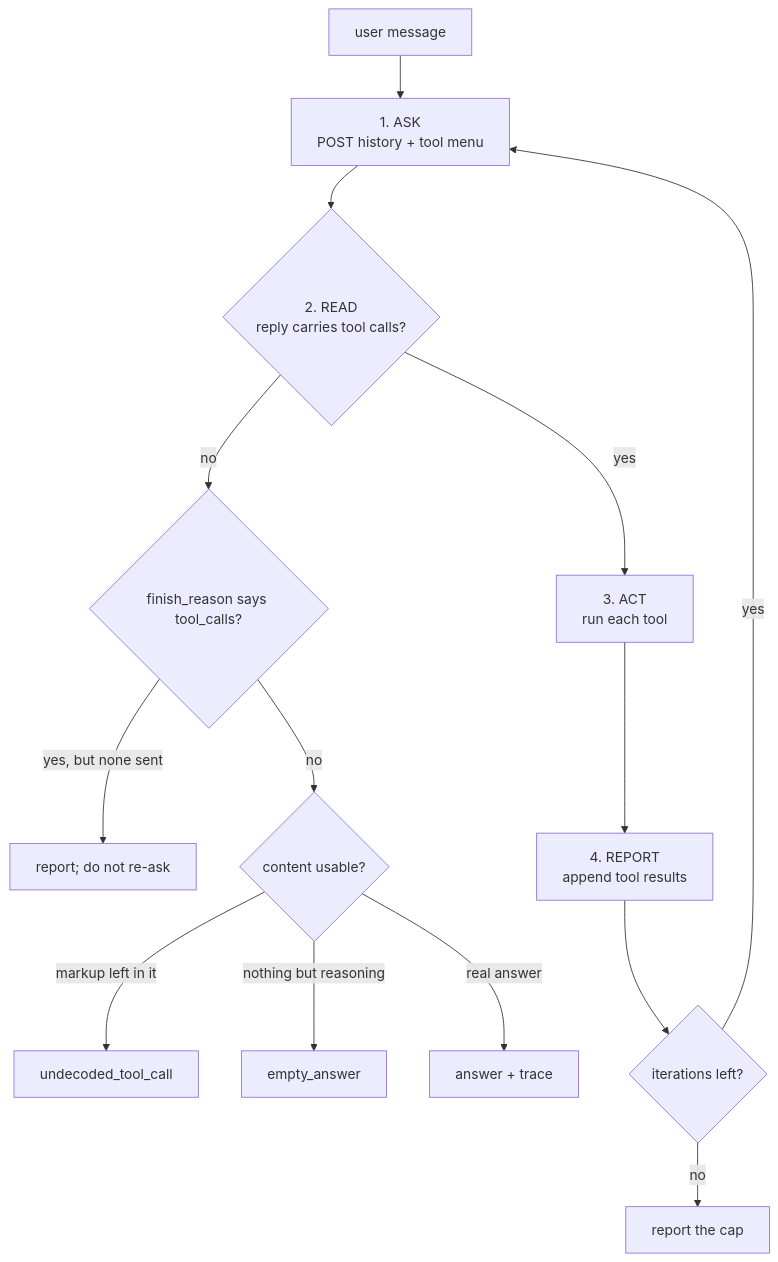
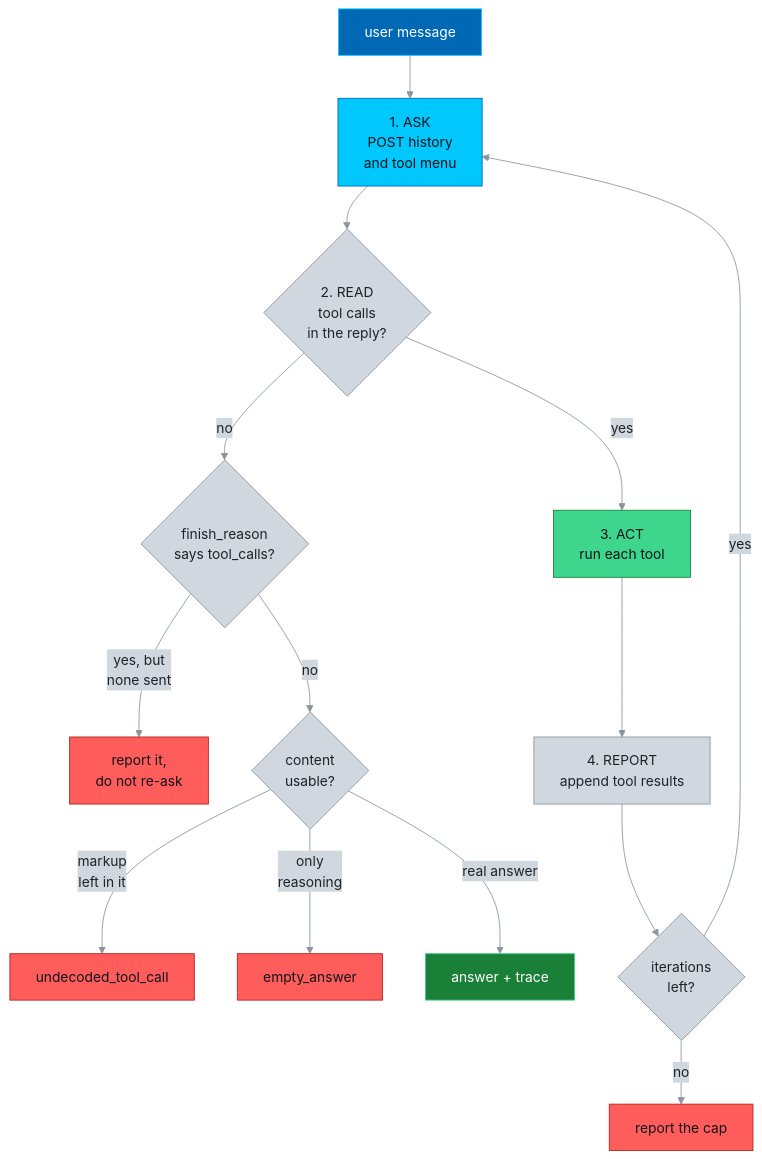
Before and after one commit to Lagmator22/ovat: the third of 11 diagrams in docs/ARCHITECTURE.md, drawn with Mermaid. The commit also changed other lines of this file and 1 other file, not shown here.

First line of the commit message:
docs: colour the Mermaid diagrams and fix labels that were cut off

````diff
--- a/docs/ARCHITECTURE.md
+++ b/docs/ARCHITECTURE.md
@@ -264,16 +290,30 @@
 ```mermaid
+%%{init: {"theme": "base", "themeVariables": {"primaryColor": "#D0D7DE", "primaryTextColor": "#1F2328", "primaryBorderColor": "#8C959F", "lineColor": "#8C959F", "textColor": "#1F2328", "edgeLabelBackground": "#D0D7DE", "clusterBkg": "transparent", "clusterBorder": "#7A8CA0", "titleColor": "#7A8CA0"}}}%%
 flowchart TD
-    Start["user message"] --> Ask["1. ASK<br/>POST history + tool menu"]
-    Ask --> Read{"2. READ<br/>reply carries tool calls?"}
-    Read -->|"no"| Label{"finish_reason says tool_calls?"}
-    Label -->|"yes, but none sent"| ErrA["report; do not re-ask"]
-    Label -->|"no"| Check{"content usable?"}
+    Start["user message"] --> Ask["1. ASK<br/>POST history<br/>and tool menu"]
+    Ask --> Read{"2. READ<br/>tool calls<br/>in the reply?"}
+    Read -->|"no"| Label{"finish_reason<br/>says tool_calls?"}
+    Label -->|"yes, but<br/>none sent"| ErrA["report it,<br/>do not re-ask"]
+    Label -->|"no"| Check{"content<br/>usable?"}
     Read -->|"yes"| Act["3. ACT<br/>run each tool"]
     Act --> Report["4. REPORT<br/>append tool results"]
-    Report --> Cap{"iterations left?"}
+    Report --> Cap{"iterations<br/>left?"}
     Cap -->|"yes"| Ask
     Cap -->|"no"| ErrB["report the cap"]
-    Check -->|"markup left in it"| ErrC["undecoded_tool_call"]
-    Check -->|"nothing but reasoning"| ErrD["empty_answer"]
+    Check -->|"markup<br/>left in it"| ErrC["undecoded_tool_call"]
+    Check -->|"only<br/>reasoning"| ErrD["empty_answer"]
     Check -->|"real answer"| Done["answer + trace"]
+
+    classDef cli fill:#0068B5,stroke:#00C7FD,color:#FFFFFF
+    classDef backend fill:#00C7FD,stroke:#0068B5,color:#0F141A
+    classDef tool fill:#3DD68C,stroke:#1A7F37,color:#0F141A
+    classDef step fill:#D0D7DE,stroke:#8C959F,color:#1F2328
+    classDef ok fill:#1A7F37,stroke:#3DD68C,color:#FFFFFF
+    classDef fail fill:#FF5C5C,stroke:#B42318,color:#0F141A
+    class Start cli
+    class Ask backend
+    class Read,Label,Check,Cap,Report step
+    class Act tool
+    class ErrA,ErrB,ErrC,ErrD fail
+    class Done ok
 ```
````
